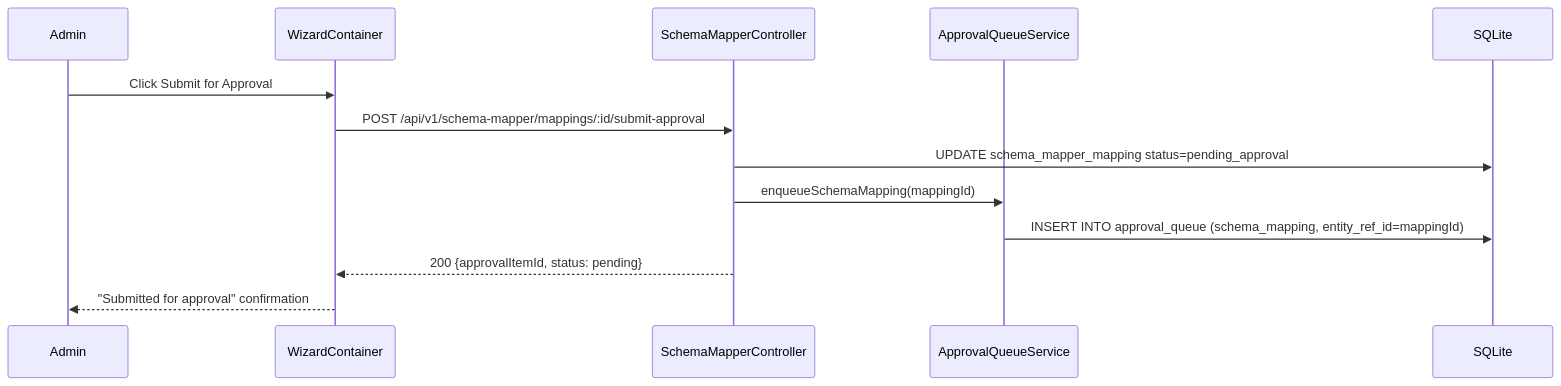
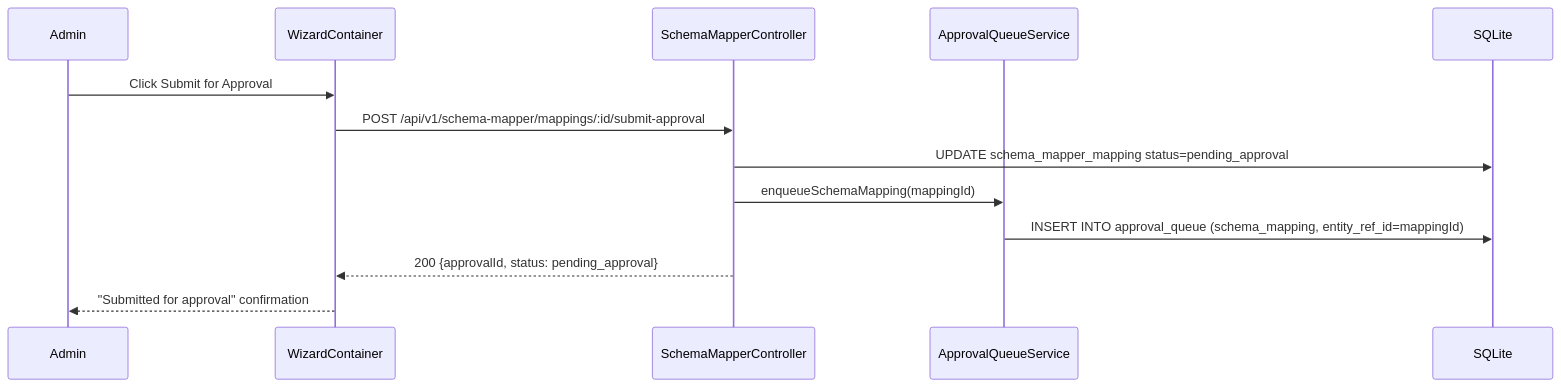
Before and after one commit to ashutoshbelulkar-coder/credit-harmony: the diagram in docs/User stories/EPIC-05-Schema-Mapper-Agent.md, drawn with Mermaid. The commit also changed other lines of this file and 3 other files, not shown here.

Commit message:
docs: align Schema Mapper workflow with 4-step implementation

````diff
--- a/docs/User stories/EPIC-05-Schema-Mapper-Agent.md
+++ b/docs/User stories/EPIC-05-Schema-Mapper-Agent.md
@@ -573,16 +189,16 @@
 ```mermaid
 sequenceDiagram
     participant A as Admin
     participant FE as WizardContainer
     participant API as SchemaMapperController
     participant AQSVC as ApprovalQueueService
     participant DB as SQLite
 
     A->>FE: Click Submit for Approval
     FE->>API: POST /api/v1/schema-mapper/mappings/:id/submit-approval
     API->>DB: UPDATE schema_mapper_mapping status=pending_approval
     API->>AQSVC: enqueueSchemaMapping(mappingId)
     AQSVC->>DB: INSERT INTO approval_queue (schema_mapping, entity_ref_id=mappingId)
-    API-->>FE: 200 {approvalItemId, status: pending}
+    API-->>FE: 200 {approvalId, status: pending_approval}
     FE-->>A: "Submitted for approval" confirmation
 ```
````
